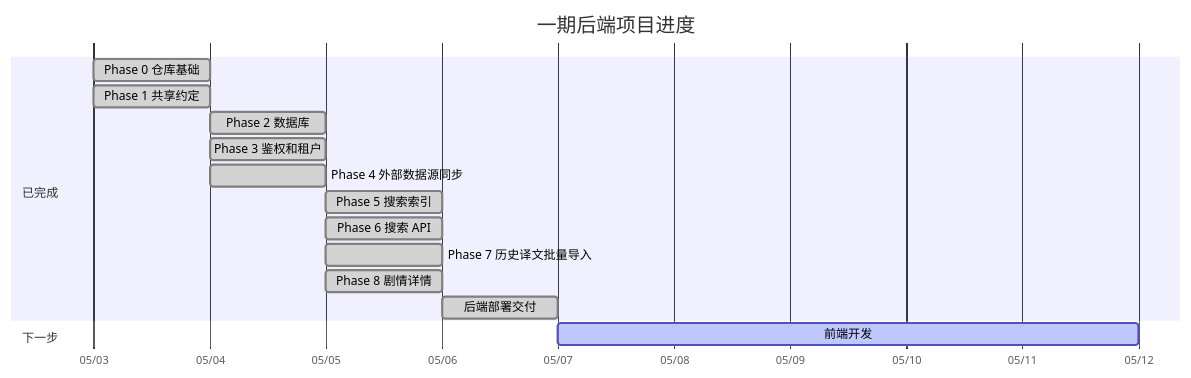
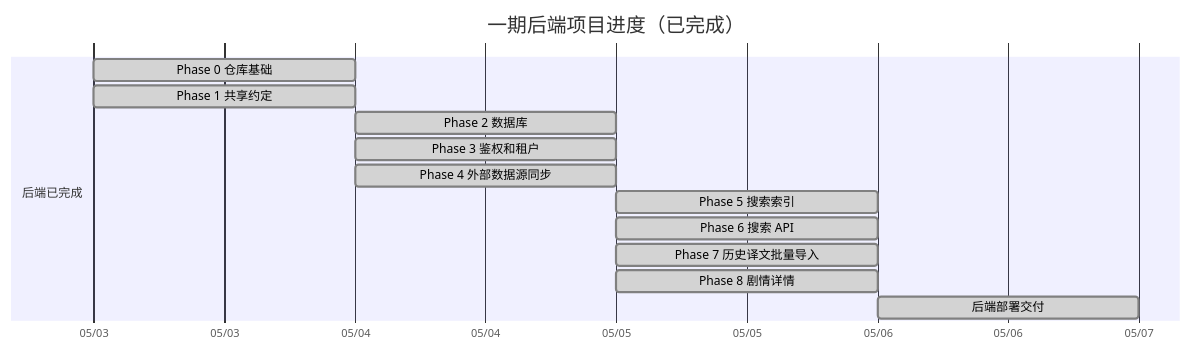
Before and after one commit to Cinea4678/SekaiPlatform: the first of 2 diagrams in README.md, drawn with Mermaid. The commit also changed other lines of this file, not shown here.

First line of the commit message:
docs: update frontend progress

````diff
--- a/README.md
+++ b/README.md
@@ -15,21 +15,18 @@
 ```mermaid
 gantt
-    title 一期后端项目进度
+    title 一期后端项目进度（已完成）
     dateFormat  YYYY-MM-DD
     axisFormat  %m/%d
 
-    section 已完成
+    section 后端已完成
     Phase 0 仓库基础           :done, p0, 2026-05-03, 1d
     Phase 1 共享约定           :done, p1, 2026-05-03, 1d
     Phase 2 数据库             :done, p2, 2026-05-04, 1d
     Phase 3 鉴权和租户         :done, p3, 2026-05-04, 1d
     Phase 4 外部数据源同步     :done, p4, 2026-05-04, 1d
     Phase 5 搜索索引           :done, p5, 2026-05-05, 1d
     Phase 6 搜索 API           :done, p6, 2026-05-05, 1d
     Phase 7 历史译文批量导入   :done, p7, 2026-05-05, 1d
     Phase 8 剧情详情           :done, p8, 2026-05-05, 1d
     后端部署交付              :done, deploy, after p8, 1d
-
-    section 下一步
-    前端开发                 :active, frontend, after deploy, 5d
 ```
````
